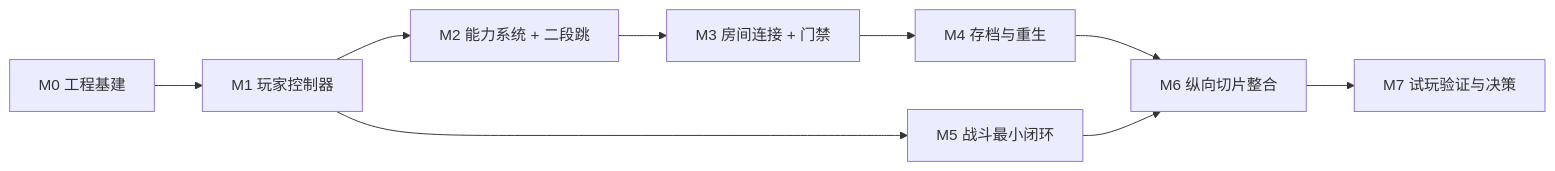
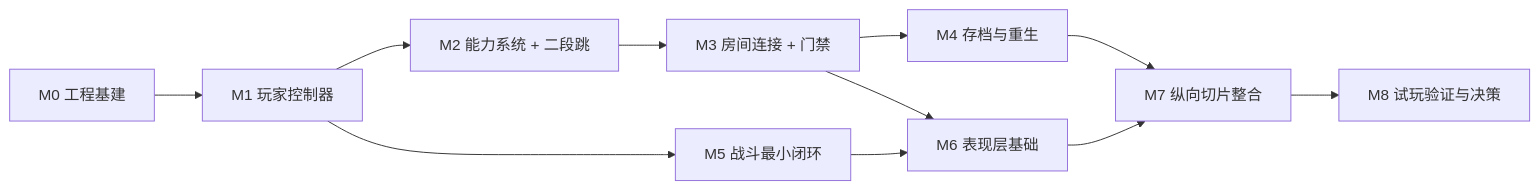
The diagram in docs/roadmap.md (Lyw158/Metroidvania-Game-2d), drawn with Mermaid before and after one commit. The commit also changed other lines of this file and 13 other files, not shown here.

````diff
--- a/docs/roadmap.md
+++ b/docs/roadmap.md
@@ -110,11 +130,13 @@
 ```mermaid
 graph LR
     M0["M0 工程基建"] --> M1["M1 玩家控制器"]
     M1 --> M2["M2 能力系统 + 二段跳"]
     M1 --> M5["M5 战斗最小闭环"]
     M2 --> M3["M3 房间连接 + 门禁"]
     M3 --> M4["M4 存档与重生"]
-    M4 --> M6["M6 纵向切片整合"]
+    M3 --> M6["M6 表现层基础"]
     M5 --> M6
-    M6 --> M7["M7 试玩验证与决策"]
+    M4 --> M7["M7 纵向切片整合"]
+    M6 --> M7
+    M7 --> M8["M8 试玩验证与决策"]
 ```
````
